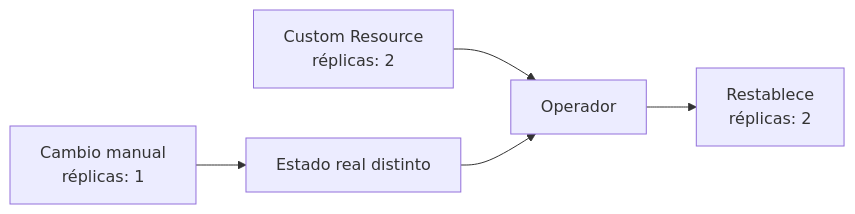
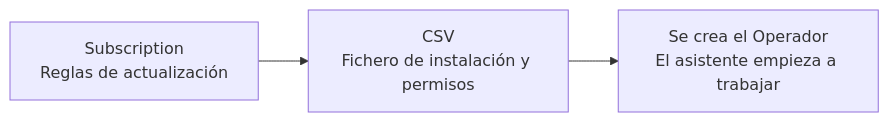
Before and after one commit to ieftraining/curso-openshift: the fourth of 4 diagrams in docs/sesion3/3.7 Operadores.md, drawn with Mermaid. The commit also changed other lines of this file, not shown here.

````diff
--- a/docs/sesion3/3.7 Operadores.md
+++ b/docs/sesion3/3.7 Operadores.md
@@ -234,7 +129,5 @@
 ```mermaid
 flowchart LR
-    A[Custom Resource<br/>réplicas: 2] --> B[Operador]
-    C[Cambio manual<br/>réplicas: 1] --> D[Estado real distinto]
-    D --> B
-    B --> E[Restablece<br/>réplicas: 2]
+    A[Subscription<br>Reglas de actualización] --> B[CSV<br>Fichero de instalación y permisos]
+    B --> C[Se crea el Operador<br>El asistente empieza a trabajar]
 ```
````
